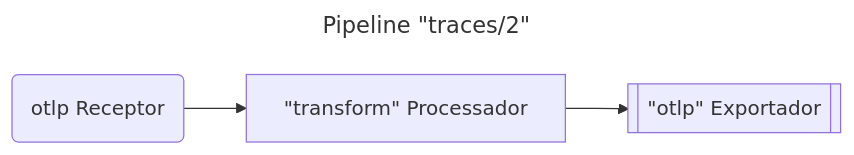
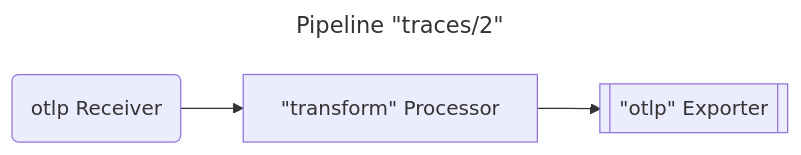
One commit to open-telemetry/opentelemetry.io changed the fifth of 7 diagrams in content/pt/docs/collector/architecture.md. Above: the diagram before and after it, drawn with Mermaid. The commit also changed other lines of this file, not shown here.

Commit message:
GH-9427: narrow Portuguese architecture drift fix

````diff
--- a/content/pt/docs/collector/architecture.md
+++ b/content/pt/docs/collector/architecture.md
@@ -257,8 +257,8 @@
 ```mermaid
 ---
 title: Pipeline "traces/2"
 ---
 flowchart LR
-  R1("`otlp Receptor`") --> P1["`#quot;transform#quot; Processador`"]
-  P1 --> E1[["`#quot;otlp#quot; Exportador`"]]
+  R1("`otlp Receiver`") --> P1["`#quot;transform#quot; Processor`"]
+  P1 --> E1[["`#quot;otlp#quot; Exporter`"]]
 ```
````
